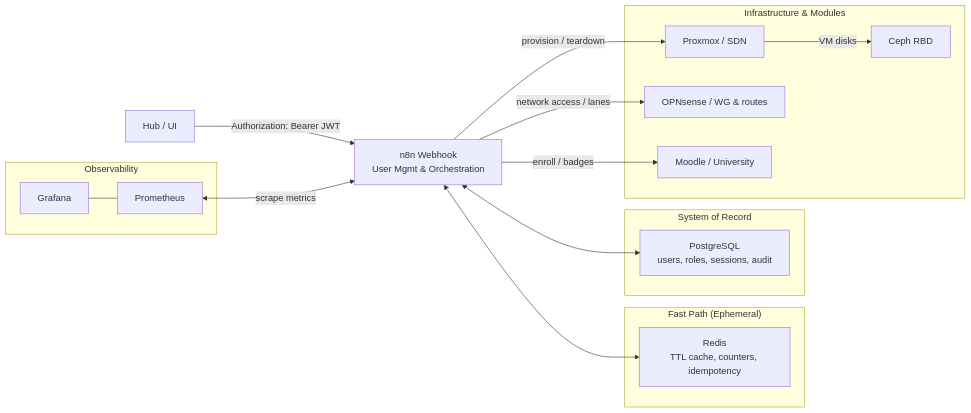
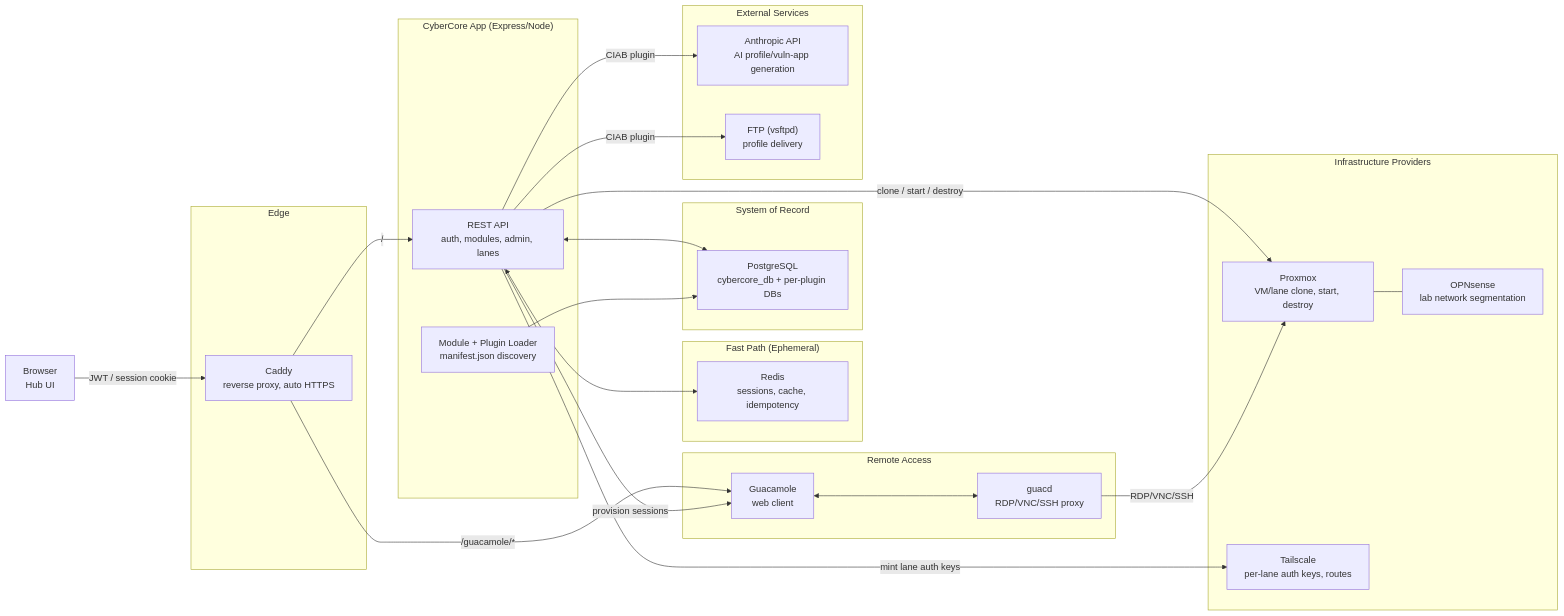
The diagram in README.md (Saguaros-CyberHub/CyberCore), drawn with Mermaid before and after one commit. The commit also changed other lines of this file and 2 other files, not shown here.

Commit message:
feat: update README and PLUGIN_GUIDE with module/plugin structure and discovery process; enhance example.env with new configuration options

````diff
--- a/README.md
+++ b/README.md
@@ -17,37 +17,59 @@
 ```mermaid
 flowchart LR
-  %% Clients / Auth
-  HUB[Hub / UI] -->|Authorization: Bearer JWT| N8N["n8n Webhook<br/>User Mgmt & Orchestration"]
+  %% Clients
+  BROWSER["Browser<br/>Hub UI"]
+
+  %% Edge
+  subgraph EDGE["Edge"]
+    CADDY["Caddy<br/>reverse proxy, auto HTTPS"]
+  end
+  BROWSER -->|JWT / session cookie| CADDY
+
+  %% Application
+  subgraph APP["CyberCore App (Express/Node)"]
+    API["REST API<br/>auth, modules, admin, lanes"]
+    LOADER["Module + Plugin Loader<br/>manifest.json discovery"]
+  end
+  CADDY -->|"/ "| API
+  CADDY -->|"/guacamole/*"| GUAC
 
   %% Fast Path (Ephemeral)
   subgraph FAST["Fast Path (Ephemeral)"]
-    RDS["Redis<br/>TTL cache, counters, idempotency"]
+    RDS["Redis<br/>sessions, cache, idempotency"]
   end
-  N8N <--> RDS
+  API <--> RDS
 
   %% System of Record
   subgraph SOR["System of Record"]
-    PG["PostgreSQL<br/>users, roles, sessions, audit"]
+    PG["PostgreSQL<br/>cybercore_db + per-plugin DBs"]
   end
-  N8N <--> PG
+  API <--> PG
+  LOADER --> PG
 
-  %% Infrastructure & Modules
-  subgraph INFRA["Infrastructure & Modules"]
-    PVE["Proxmox / SDN"]
-    OPN["OPNsense / WG & routes"]
-    CEPH["Ceph RBD"]
-    LMS["Moodle / University"]
+  %% Remote Access
+  subgraph REMOTE["Remote Access"]
+    GUAC["Guacamole<br/>web client"]
+    GUACD["guacd<br/>RDP/VNC/SSH proxy"]
   end
-  N8N -->|provision / teardown| PVE
-  N8N -->|network access / lanes| OPN
-  PVE -->|VM disks| CEPH
-  N8N -->|enroll / badges| LMS
+  GUAC <--> GUACD
+  API -->|provision sessions| GUAC
 
-  %% Observability
-  subgraph OBS["Observability"]
-    PRM["Prometheus"]
-    GRAF["Grafana"]
+  %% Infrastructure Providers
+  subgraph INFRA["Infrastructure Providers"]
+    PVE["Proxmox<br/>VM/lane clone, start, destroy"]
+    TS["Tailscale<br/>per-lane auth keys, routes"]
+    OPN["OPNsense<br/>lab network segmentation"]
   end
-  PRM <-->|scrape metrics| N8N
-  GRAF --- PRM
+  API -->|clone / start / destroy| PVE
+  API -->|mint lane auth keys| TS
+  GUACD -->|RDP/VNC/SSH| PVE
+  PVE --- OPN
+
+  %% External Services
+  subgraph EXT["External Services"]
+    CLAUDE["Anthropic API<br/>AI profile/vuln-app generation"]
+    FTP["FTP (vsftpd)<br/>profile delivery"]
+  end
+  API -->|CIAB plugin| CLAUDE
+  API -->|CIAB plugin| FTP
 ```
````
